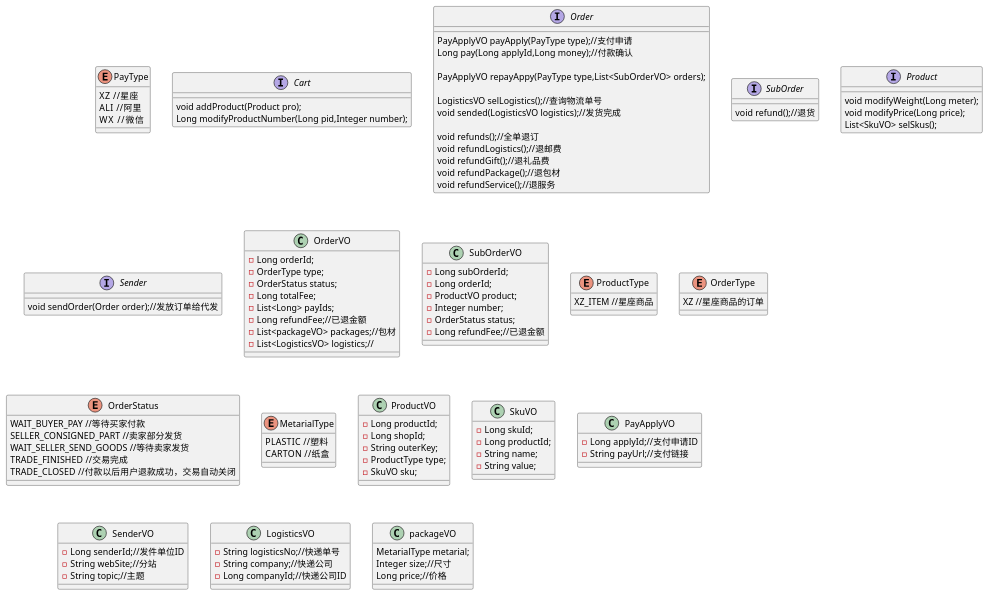
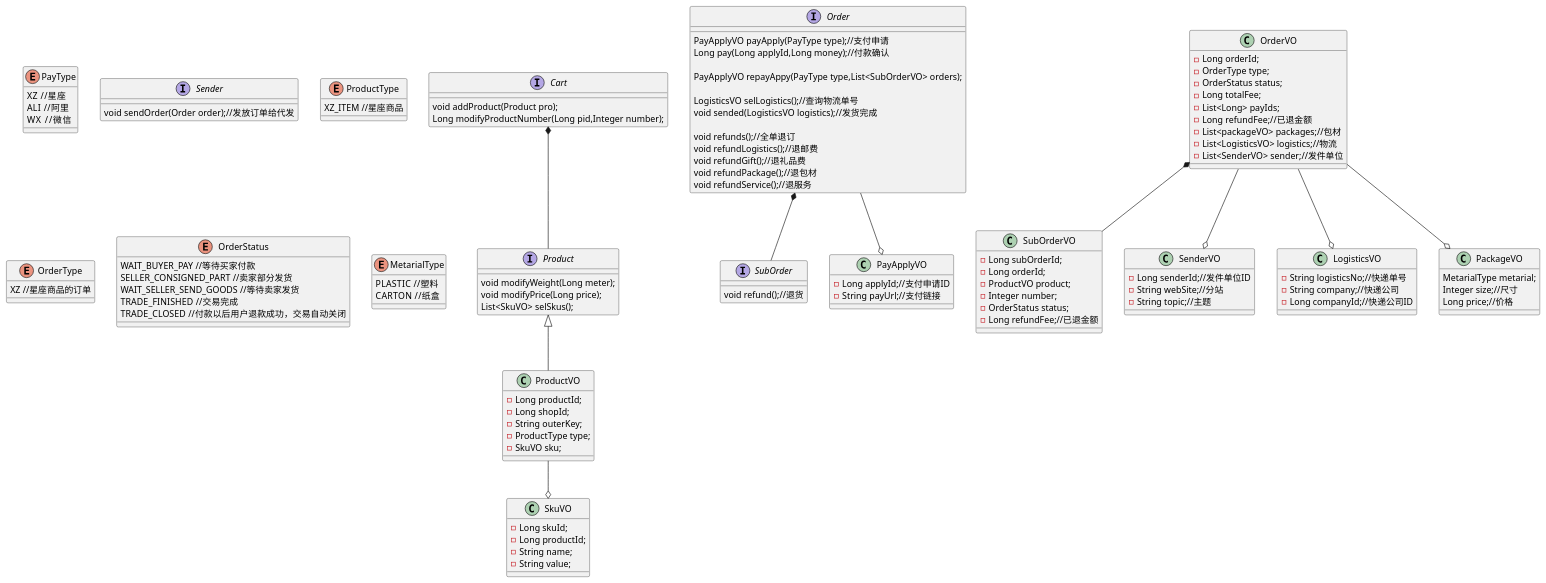
The diagram in main4-order/main4-order-api/src/main/resources/orderClass.puml (pogy/main-pom), drawn with PlantUML before and after one commit.

Commit message:
升级4.1.6-SNAPSHOT

```diff
--- a/main4-order/main4-order-api/src/main/resources/orderClass.puml
+++ b/main4-order/main4-order-api/src/main/resources/orderClass.puml
@@ -1,123 +1,136 @@
 @startuml
 enum PayType{
 XZ  //星座
 ALI  //阿里
 WX   //微信
 }
 interface Cart{
 void addProduct(Product pro);
 Long modifyProductNumber(Long pid,Integer number);
 }
 interface Order{
 PayApplyVO payApply(PayType type);//支付申请
 Long pay(Long applyId,Long money);//付款确认
 
 PayApplyVO repayAppy(PayType type,List<SubOrderVO> orders);
 
 LogisticsVO selLogistics();//查询物流单号
 void sended(LogisticsVO logistics);//发货完成
 
 void refunds();//全单退订
 void refundLogistics();//退邮费
 void refundGift();//退礼品费
 void refundPackage();//退包材
 void refundService();//退服务
 }
 interface SubOrder{
 void refund();//退货
 
 }
 interface Product{
 void modifyWeight(Long meter);
 void modifyPrice(Long price);
 List<SkuVO> selSkus();
 }
 interface Sender{
 void sendOrder(Order order);//发放订单给代发
 }
 
 class OrderVO{
 -Long orderId;
 -OrderType type;
 -OrderStatus status;
 -Long totalFee;
 -List<Long> payIds;
 -Long refundFee;//已退金额
 -List<packageVO> packages;//包材
--List<LogisticsVO> logistics;//
+-List<LogisticsVO> logistics;//物流
+-List<SenderVO> sender;//发件单位
 }
 
 class SubOrderVO{
 -Long subOrderId;
 -Long orderId;
 -ProductVO product;
 -Integer number;
 -OrderStatus status;
 -Long refundFee;//已退金额
 }
 
 enum ProductType{
 XZ_ITEM //星座商品
 
 }
 
 enum OrderType{
 XZ //星座商品的订单
 
 }
 
 enum OrderStatus{
 WAIT_BUYER_PAY //等待买家付款
 SELLER_CONSIGNED_PART //卖家部分发货
 WAIT_SELLER_SEND_GOODS //等待卖家发货
 TRADE_FINISHED  //交易完成
 TRADE_CLOSED  //付款以后用户退款成功，交易自动关闭
 
 }
 
 enum MetarialType{
 PLASTIC  //塑料
 CARTON  //纸盒
 }
 
 class ProductVO{
 -Long productId;
 -Long shopId;
 -String outerKey;
 -ProductType type;
 -SkuVO sku;
 }
 
 class SkuVO{
 -Long skuId;
 -Long productId;
 -String name;
 -String value;
 }
 
 class PayApplyVO{
 -Long applyId;//支付申请ID
 -String payUrl;//支付链接
 }
 
 class SenderVO{
 -Long senderId;//发件单位ID
 -String webSite;//分站
 -String topic;//主题
 }
 
 class LogisticsVO{
 -String logisticsNo;//快递单号
 -String company;//快递公司
 -Long companyId;//快递公司ID
 }
 
-class packageVO{
+class PackageVO{
 MetarialType metarial;
 Integer size;//尺寸
 Long price;//价格
 }
 
+Cart *-- Product
+Product <|-- ProductVO
+ProductVO --o SkuVO
+
+Order *-- SubOrder
+OrderVO *-- SubOrderVO
+
+OrderVO --o SenderVO
+OrderVO --o PackageVO
+OrderVO --o LogisticsVO
+
+Order --o PayApplyVO
 
 
 @enduml
```
